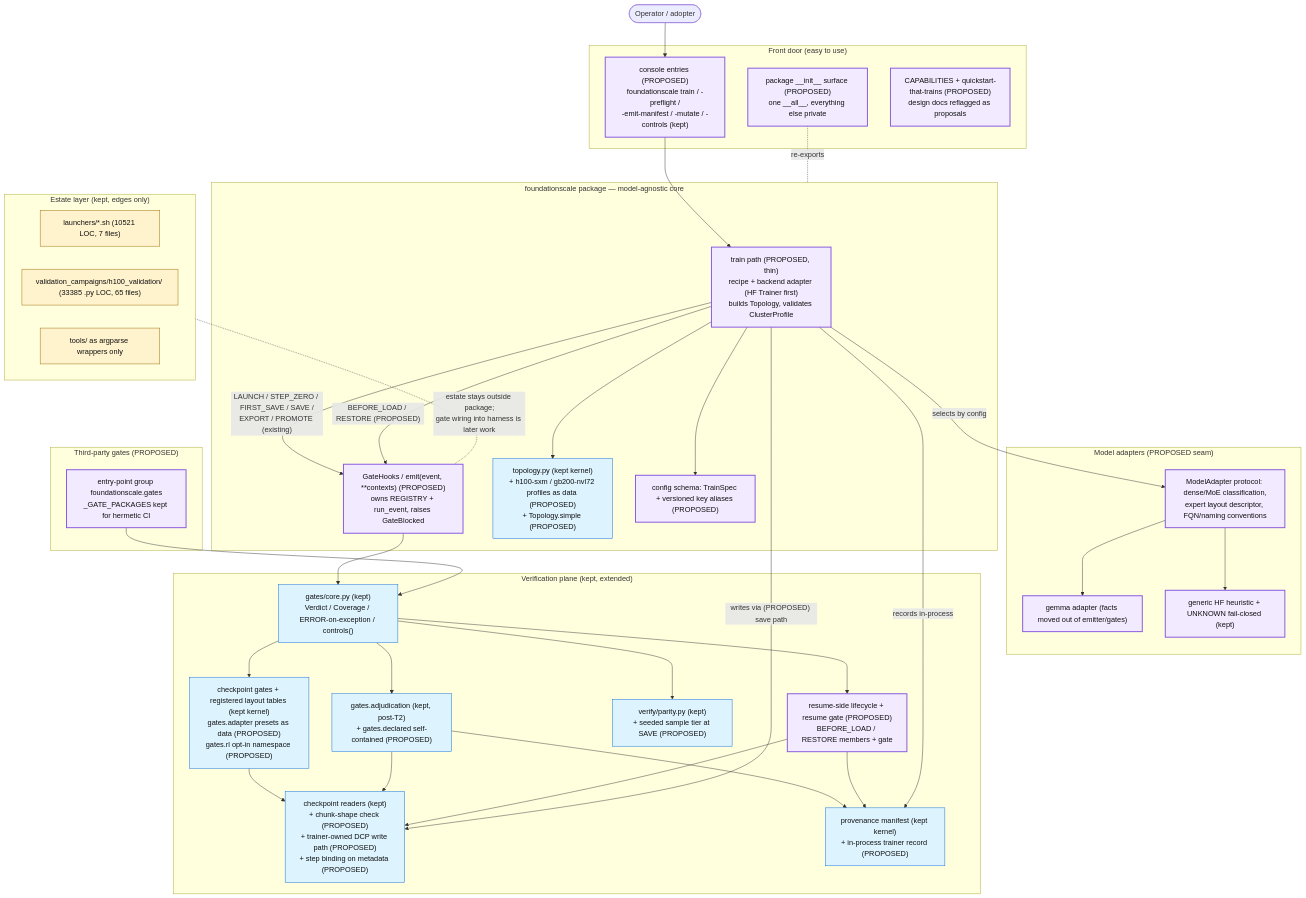
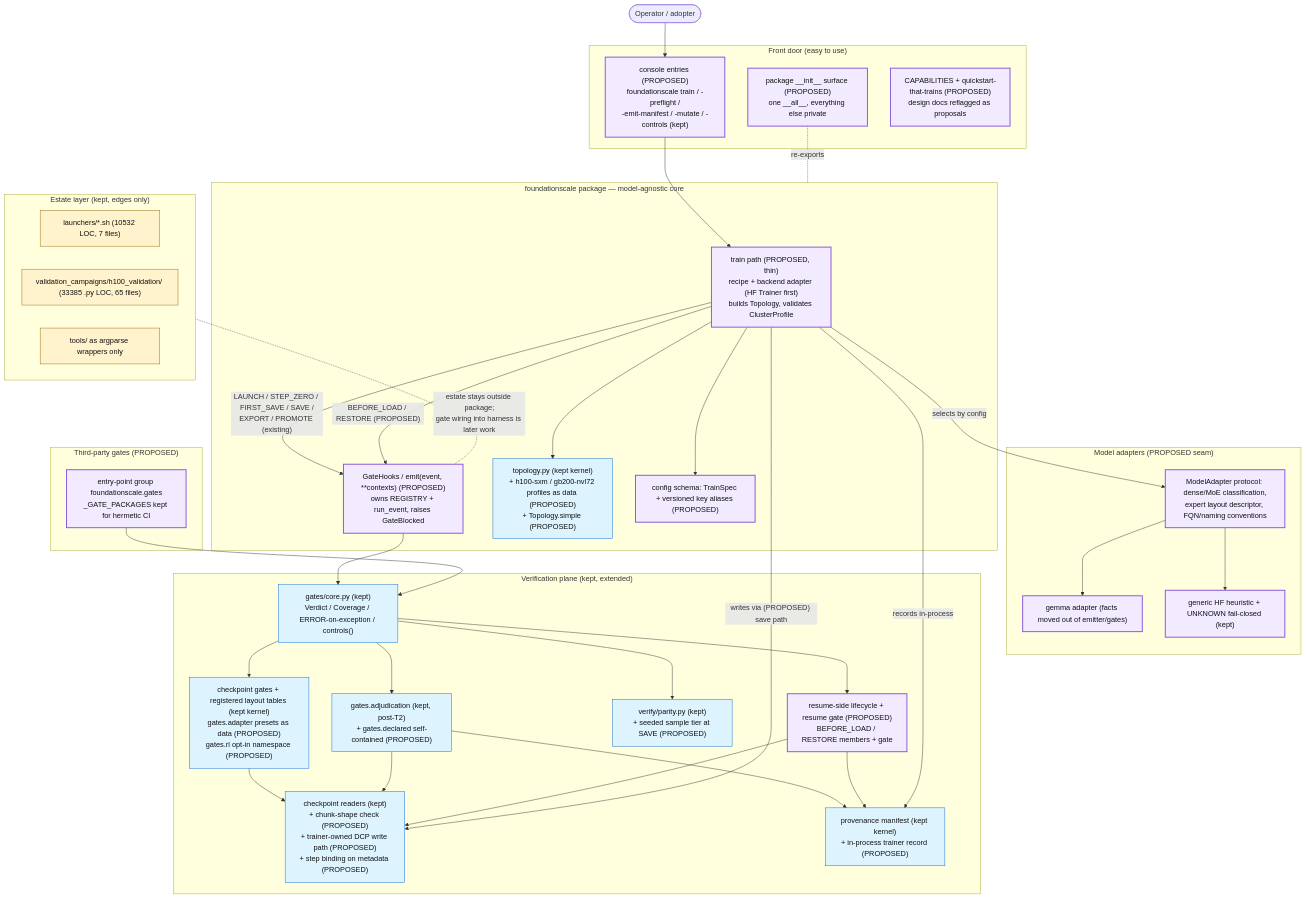
The diagram in docs/review/D5_proposed_architecture.md (TranNhiem/FoundationScale), drawn with Mermaid before and after one commit. The commit also changed other lines of this file and 10 other files, not shown here.

````diff
--- a/docs/review/D5_proposed_architecture.md
+++ b/docs/review/D5_proposed_architecture.md
@@ -13,74 +13,74 @@
 ```mermaid
 flowchart TB
   U(["Operator / adopter"])
 
   subgraph FRONT["Front door (easy to use)"]
     CLI["console entries (PROPOSED)<br/>foundationscale train / -preflight /<br/>-emit-manifest / -mutate / -controls (kept)"]
     SURF["package __init__ surface (PROPOSED)<br/>one __all__, everything else private"]
     DOCS["CAPABILITIES + quickstart-that-trains (PROPOSED)<br/>design docs reflagged as proposals"]
   end
 
   subgraph CORE["foundationscale package — model-agnostic core"]
     TRAIN["train path (PROPOSED, thin)<br/>recipe + backend adapter (HF Trainer first)<br/>builds Topology, validates ClusterProfile"]
     HOOKS["GateHooks / emit(event, **contexts) (PROPOSED)<br/>owns REGISTRY + run_event, raises GateBlocked"]
     TOPO["topology.py (kept kernel)<br/>+ h100-sxm / gb200-nvl72 profiles as data (PROPOSED)<br/>+ Topology.simple (PROPOSED)"]
     CONFIG["config schema: TrainSpec + versioned key aliases (PROPOSED)"]
   end
 
   subgraph ADAPT["Model adapters (PROPOSED seam)"]
     MA["ModelAdapter protocol: dense/MoE classification,<br/>expert layout descriptor, FQN/naming conventions"]
     GEM["gemma adapter (facts moved out of emitter/gates)"]
     HF["generic HF heuristic + UNKNOWN fail-closed (kept)"]
   end
 
   subgraph VERIFY["Verification plane (kept, extended)"]
     GCORE["gates/core.py (kept)<br/>Verdict / Coverage / ERROR-on-exception / controls()"]
     GCK["checkpoint gates + registered layout tables (kept kernel)<br/>gates.adapter presets as data (PROPOSED)<br/>gates.rl opt-in namespace (PROPOSED)"]
     ADJ["gates.adjudication (kept, post-T2)<br/>+ gates.declared self-contained (PROPOSED)"]
     PAR["verify/parity.py (kept)<br/>+ seeded sample tier at SAVE (PROPOSED)"]
     CKIO["checkpoint readers (kept)<br/>+ chunk-shape check (PROPOSED)<br/>+ trainer-owned DCP write path (PROPOSED)<br/>+ step binding on metadata (PROPOSED)"]
     PROV["provenance manifest (kept kernel)<br/>+ in-process trainer record (PROPOSED)"]
     RES["resume-side lifecycle + resume gate (PROPOSED)<br/>BEFORE_LOAD / RESTORE members + gate"]
   end
 
   subgraph PLUG["Third-party gates (PROPOSED)"]
     EP["entry-point group foundationscale.gates<br/>_GATE_PACKAGES kept for hermetic CI"]
   end
 
   subgraph ESTATE["Estate layer (kept, edges only)"]
-    LAU["launchers/*.sh (10521 LOC, 7 files)"]
+    LAU["launchers/*.sh (10532 LOC, 7 files)"]
     H100["validation_campaigns/h100_validation/ (33385 .py LOC, 65 files)"]
     WRAP["tools/ as argparse wrappers only"]
   end
 
   U --> CLI --> TRAIN
   SURF -. re-exports .- CORE
   TRAIN --> TOPO
   TRAIN --> CONFIG
   TRAIN -- "selects by config" --> MA
   MA --> GEM
   MA --> HF
   TRAIN -- "LAUNCH / STEP_ZERO / FIRST_SAVE / SAVE /<br/>EXPORT / PROMOTE (existing)" --> HOOKS
   TRAIN -- "BEFORE_LOAD / RESTORE (PROPOSED)" --> HOOKS
   HOOKS --> GCORE
   EP --> GCORE
   GCORE --> GCK
   GCORE --> ADJ
   GCORE --> PAR
   GCORE --> RES
   GCK --> CKIO
   ADJ --> CKIO
   ADJ --> PROV
   RES --> CKIO
   RES --> PROV
   TRAIN -- "writes via (PROPOSED) save path" --> CKIO
   TRAIN -- "records in-process" --> PROV
   ESTATE -. "estate stays outside package;<br/>gate wiring into harness is later work" .- HOOKS
 
   classDef new fill:#f2eaff,stroke:#8250df,stroke-width:2px,color:#111;
   classDef kept fill:#ddf4ff,stroke:#0969da,color:#111;
   classDef estate fill:#fff3cd,stroke:#9a6700,color:#111;
   class TRAIN,HOOKS,CLI,SURF,DOCS,MA,GEM,HF,RES,EP,CONFIG new;
   class GCORE,GCK,ADJ,PAR,CKIO,PROV,TOPO kept;
   class LAU,H100,WRAP estate;
 ```
````
